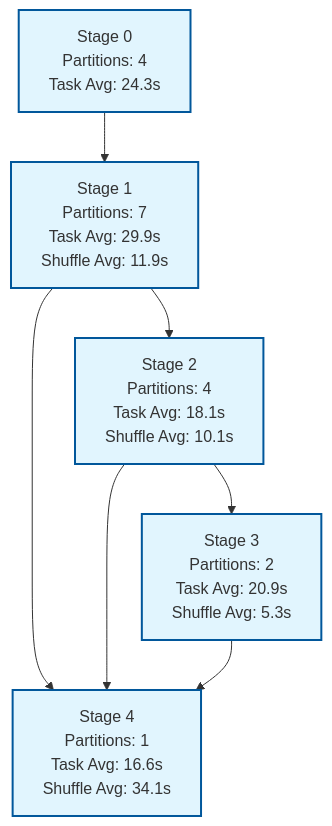
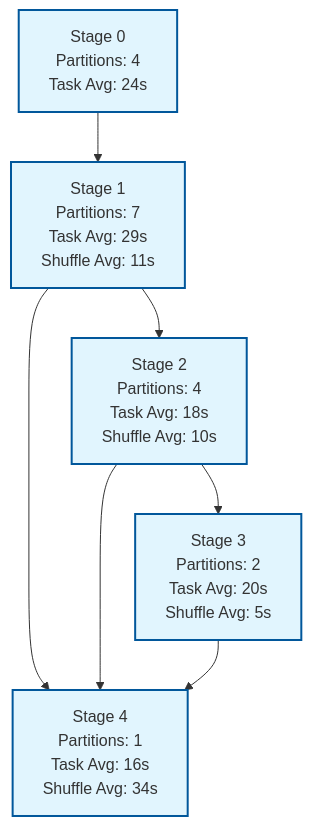
The diagram in examples/generated/run3/README.md (fhalde/fauxspark), drawn with Mermaid before and after one commit. The commit also changed 3 other files, not shown here.

````diff
--- a/examples/generated/run3/README.md
+++ b/examples/generated/run3/README.md
@@ -9,12 +9,12 @@
 ```mermaid
 graph TD
-    Stage0["Stage 0<br/>Partitions: 4<br/>Task Avg: 24.3s"] --> Stage1["Stage 1<br/>Partitions: 7<br/>Task Avg: 29.9s<br/>Shuffle Avg: 11.9s"]
-    Stage1 --> Stage2["Stage 2<br/>Partitions: 4<br/>Task Avg: 18.1s<br/>Shuffle Avg: 10.1s"]
-    Stage2 --> Stage3["Stage 3<br/>Partitions: 2<br/>Task Avg: 20.9s<br/>Shuffle Avg: 5.3s"]
-    Stage1 --> Stage4["Stage 4<br/>Partitions: 1<br/>Task Avg: 16.6s<br/>Shuffle Avg: 34.1s"]
+    Stage0["Stage 0<br/>Partitions: 4<br/>Task Avg: 24s"] --> Stage1["Stage 1<br/>Partitions: 7<br/>Task Avg: 29s<br/>Shuffle Avg: 11s"]
+    Stage1 --> Stage2["Stage 2<br/>Partitions: 4<br/>Task Avg: 18s<br/>Shuffle Avg: 10s"]
+    Stage2 --> Stage3["Stage 3<br/>Partitions: 2<br/>Task Avg: 20s<br/>Shuffle Avg: 5s"]
+    Stage1 --> Stage4["Stage 4<br/>Partitions: 1<br/>Task Avg: 16s<br/>Shuffle Avg: 34s"]
     Stage2 --> Stage4
     Stage3 --> Stage4
 
     classDef stageBox fill:#e1f5fe,stroke:#01579b,stroke-width:2px
     class Stage0,Stage1,Stage2,Stage3,Stage4 stageBox
 ```
````
